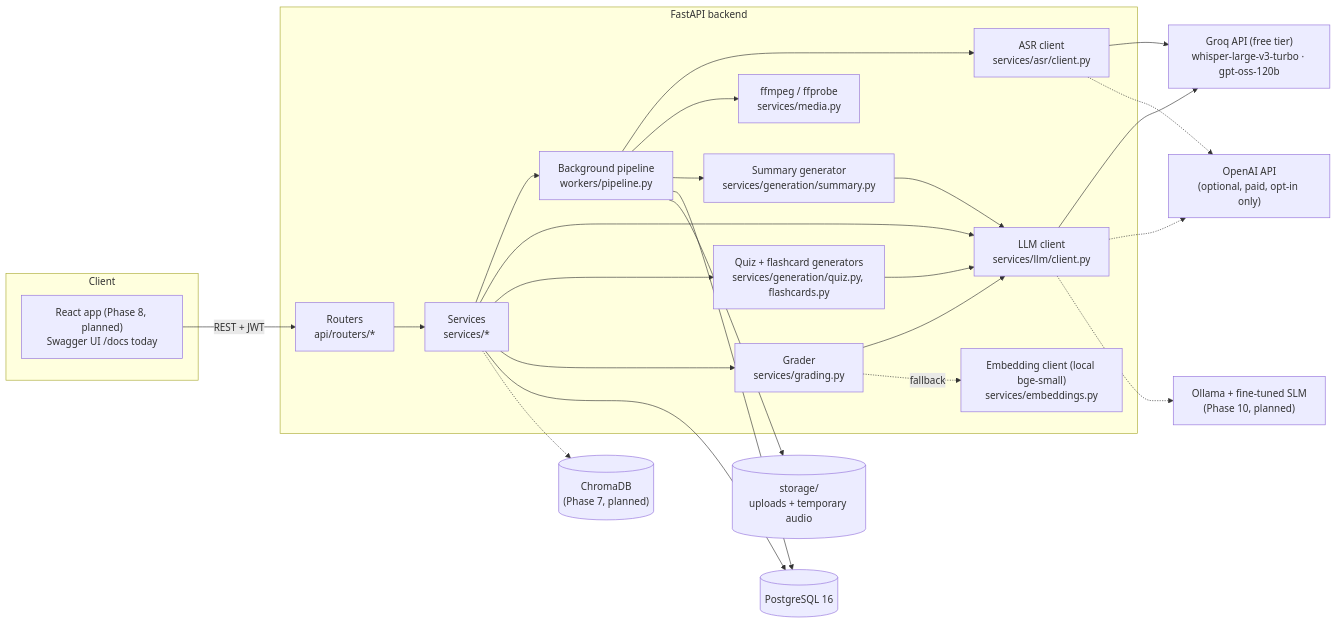
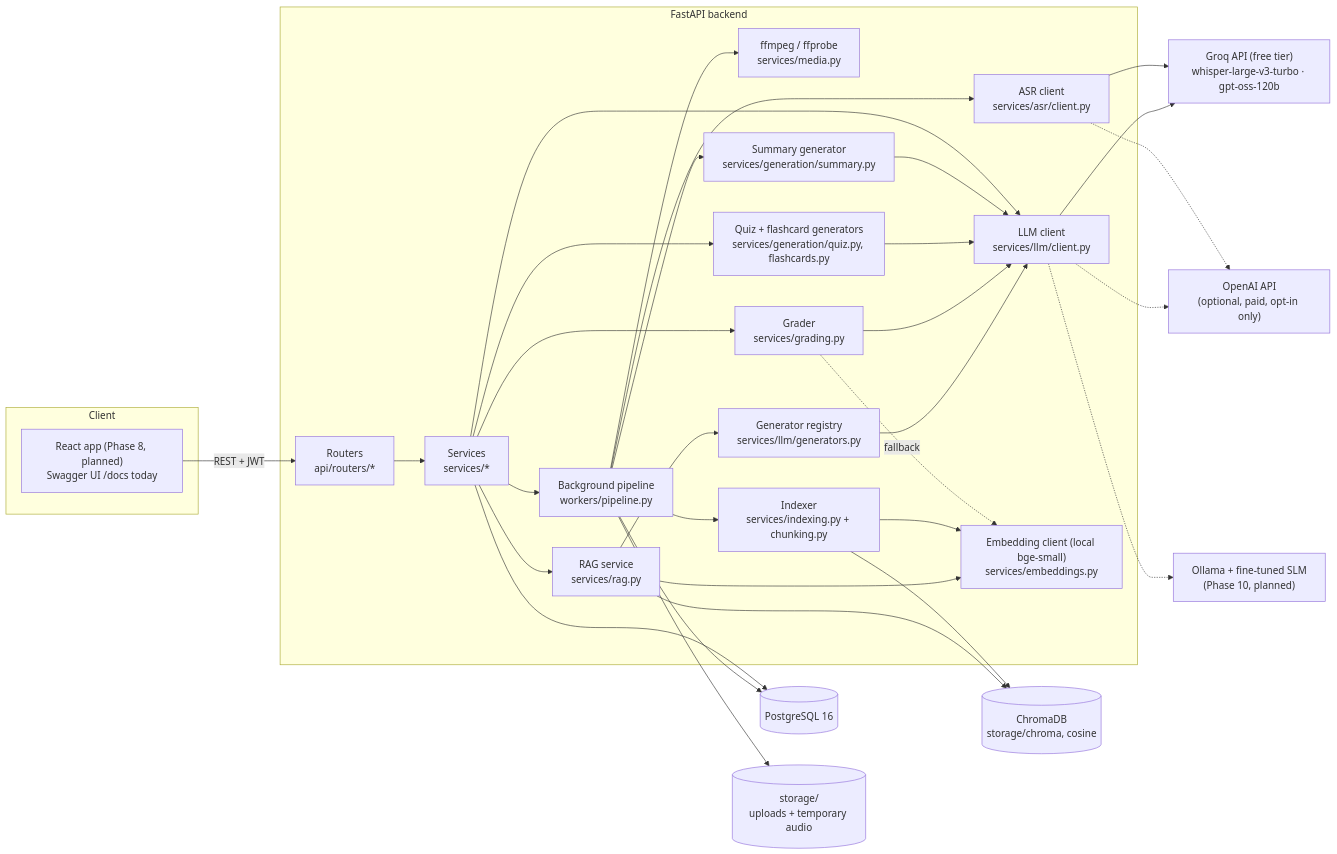
Before and after one commit to pranavshinde16/AI-study-buddy: the first of 3 diagrams in docs/architecture.md, drawn with Mermaid. The commit also changed other lines of this file and 41 other files, not shown here.

Commit message:
phase 7: RAG doubt solver & chat

````diff
--- a/docs/architecture.md
+++ b/docs/architecture.md
@@ -7,37 +7,44 @@
 ```mermaid
 flowchart LR
   subgraph Client
     FE["React app (Phase 8, planned)<br/>Swagger UI /docs today"]
   end
   subgraph Backend["FastAPI backend"]
     R["Routers<br/>api/routers/*"] --> S["Services<br/>services/*"]
     S --> P["Background pipeline<br/>workers/pipeline.py"]
     S --> LLM["LLM client<br/>services/llm/client.py"]
     P --> ASR["ASR client<br/>services/asr/client.py"]
     P --> MED["ffmpeg / ffprobe<br/>services/media.py"]
     P --> GEN["Summary generator<br/>services/generation/summary.py"]
     GEN --> LLM
     S --> QG["Quiz + flashcard generators<br/>services/generation/quiz.py, flashcards.py"]
     QG --> LLM
     S --> GR["Grader<br/>services/grading.py"]
     GR --> LLM
     GR -. fallback .-> EMB["Embedding client (local bge-small)<br/>services/embeddings.py"]
+    P --> IDX["Indexer<br/>services/indexing.py + chunking.py"]
+    IDX --> EMB
+    S --> RAG["RAG service<br/>services/rag.py"]
+    RAG --> EMB
+    RAG --> REG["Generator registry<br/>services/llm/generators.py"]
+    REG --> LLM
   end
   DB[("PostgreSQL 16")]
   FS[("storage/<br/>uploads + temporary audio")]
   GROQ["Groq API (free tier)<br/>whisper-large-v3-turbo · gpt-oss-120b"]
   OAI["OpenAI API<br/>(optional, paid, opt-in only)"]
   OLL["Ollama + fine-tuned SLM<br/>(Phase 10, planned)"]
-  CH[("ChromaDB<br/>(Phase 7, planned)")]
+  CH[("ChromaDB<br/>storage/chroma, cosine")]
 
   FE -- "REST + JWT" --> R
   S --> DB
   P --> DB
   P --> FS
   ASR --> GROQ
   LLM --> GROQ
   ASR -.-> OAI
   LLM -.-> OAI
   LLM -.-> OLL
-  S -.-> CH
+  IDX --> CH
+  RAG --> CH
 ```
````
